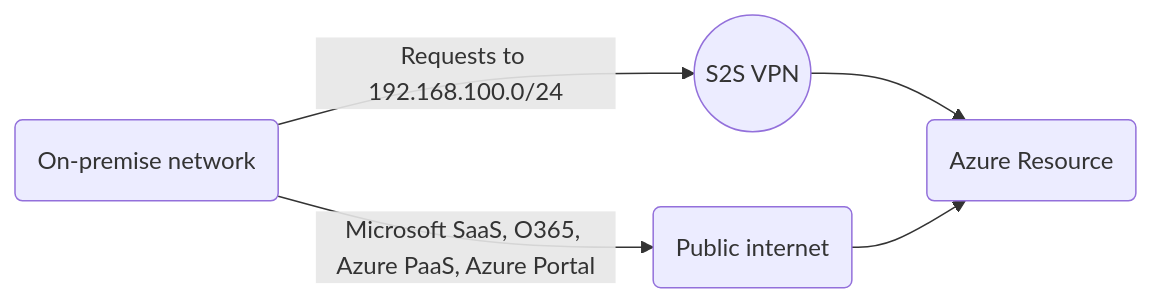
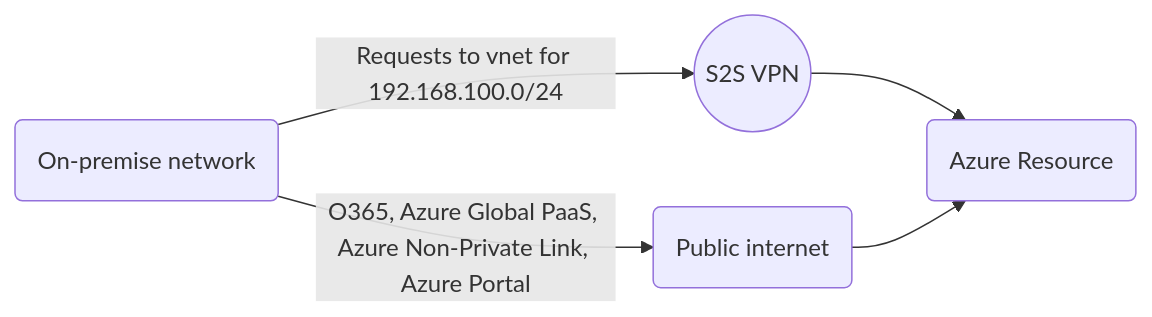
Before and after one commit to bigtoga/Examples: the first of 6 diagrams in Cloud - Azure/Azure Virtual Networks/ExpressRoute and S2S VPN.md, drawn with Mermaid. The commit also changed other lines of this file, not shown here.

Commit message:
Update ExpressRoute and S2S VPN.md

````diff
--- a/Cloud - Azure/Azure Virtual Networks/ExpressRoute and S2S VPN.md
+++ b/Cloud - Azure/Azure Virtual Networks/ExpressRoute and S2S VPN.md
@@ -62,7 +64,7 @@
 ```mermaid
 graph LR
-    A(On-premise network) -- Requests to 192.168.100.0/24 --> B((S2S VPN))
+    A(On-premise network) -- Requests to vnet for 192.168.100.0/24 --> B((S2S VPN))
     B --> C(Azure Resource)
-    A -- Microsoft SaaS, O365, Azure PaaS, Azure Portal --> E(Public internet)
+    A -- O365, Azure Global PaaS, Azure Non-Private Link, Azure Portal --> E(Public internet)
     E --> C
 ```    
````
